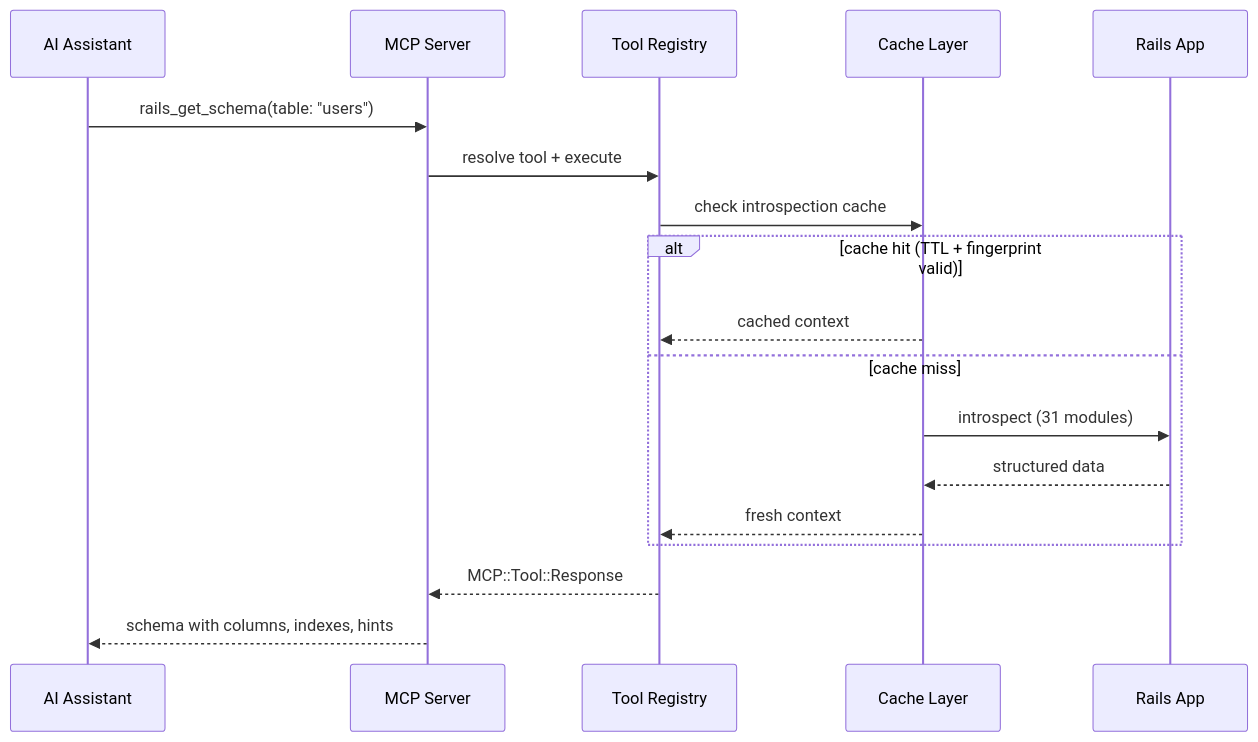
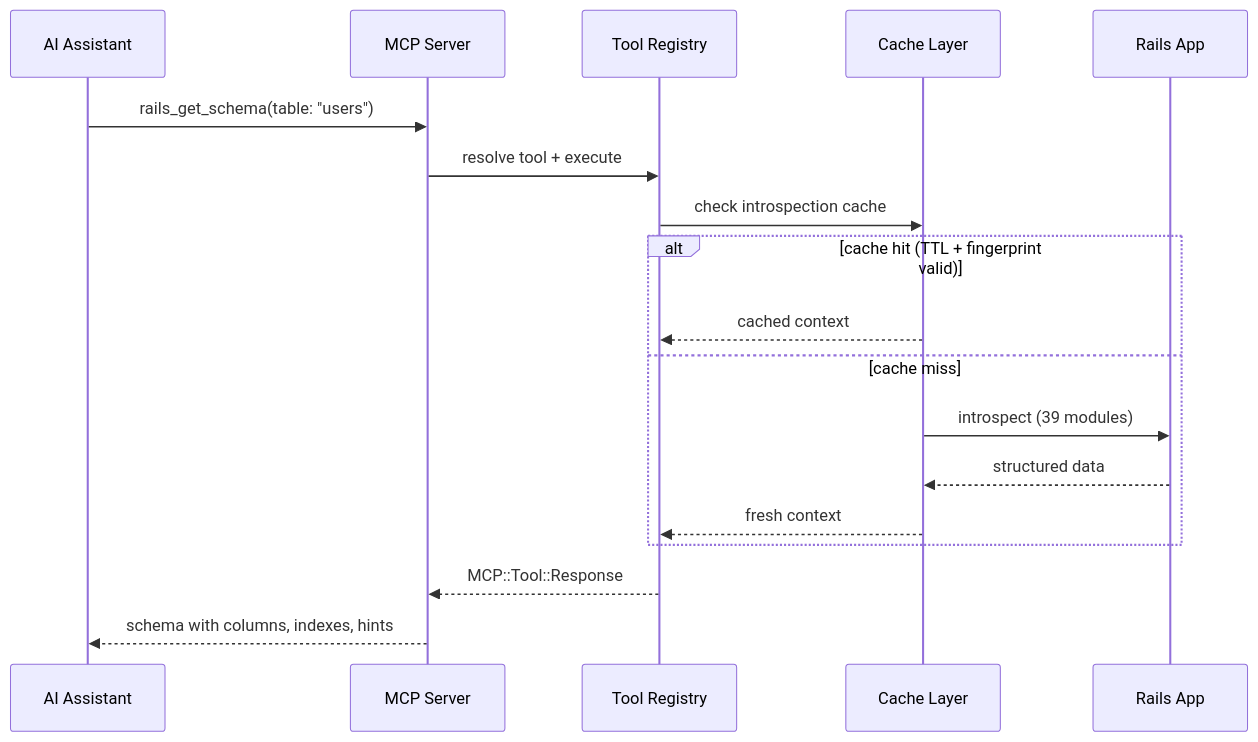
Before and after one commit to crisnahine/rails-ai-context: the second of 3 diagrams in docs/ARCHITECTURE.md, drawn with Mermaid. The commit also changed other lines of this file and 29 other files, not shown here.

````diff
--- a/docs/ARCHITECTURE.md
+++ b/docs/ARCHITECTURE.md
@@ -62,21 +62,21 @@
 ```mermaid
 sequenceDiagram
     participant AI as AI Assistant
     participant MCP as MCP Server
     participant TR as Tool Registry
     participant Cache as Cache Layer
     participant App as Rails App
 
     AI->>MCP: rails_get_schema(table: "users")
     MCP->>TR: resolve tool + execute
     TR->>Cache: check introspection cache
     alt cache hit (TTL + fingerprint valid)
         Cache-->>TR: cached context
     else cache miss
-        Cache->>App: introspect (31 modules)
+        Cache->>App: introspect (39 modules)
         App-->>Cache: structured data
         Cache-->>TR: fresh context
     end
     TR-->>MCP: MCP::Tool::Response
     MCP-->>AI: schema with columns, indexes, hints
 ```
````
